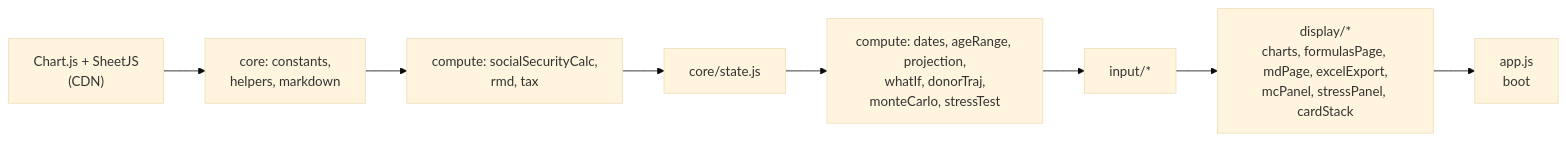
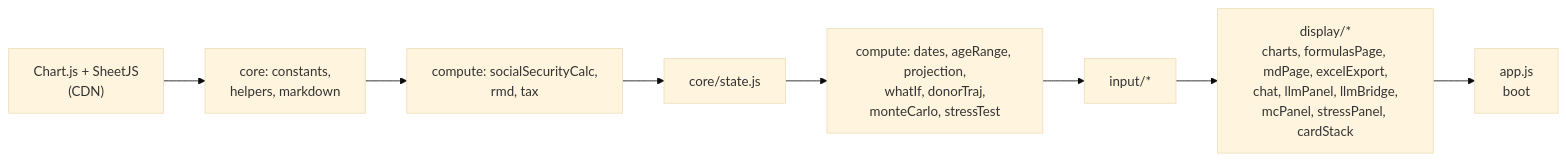
Diagram 12 of 20 in docs/ARCHITECTURE.md (howardc64/retirefin), drawn with Mermaid (base theme) before and after one commit. The commit also changed other lines of this file and 25 other files, not shown here.

````diff
--- a/docs/ARCHITECTURE.md
+++ b/docs/ARCHITECTURE.md
@@ -1120,10 +1122,10 @@
 ```mermaid
 flowchart LR
   a["Chart.js + SheetJS<br/>(CDN)"] --> b["core: constants,<br/>helpers, markdown"]
   b --> c["compute: socialSecurityCalc,<br/>rmd, tax"]
   c --> d["core/state.js"]
   d --> e["compute: dates, ageRange, projection,<br/>whatIf, donorTraj,<br/>monteCarlo, stressTest"]
   e --> f["input/*"]
-  f --> g["display/*<br/>charts, formulasPage, mdPage, excelExport,<br/>mcPanel, stressPanel, cardStack"]
+  f --> g["display/*<br/>charts, formulasPage, mdPage, excelExport,<br/>chat, llmPanel, llmBridge,<br/>mcPanel, stressPanel, cardStack"]
   g --> h["app.js<br/>boot"]
 ```
````
